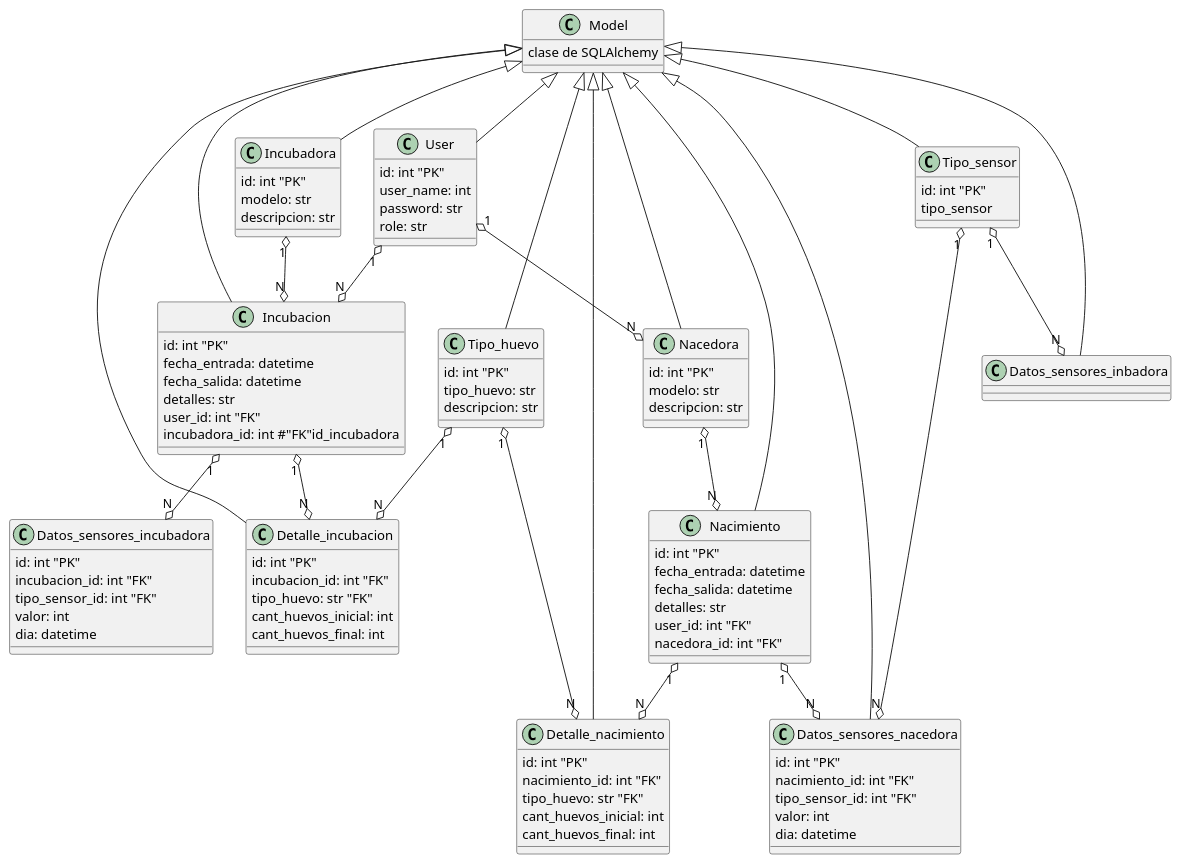
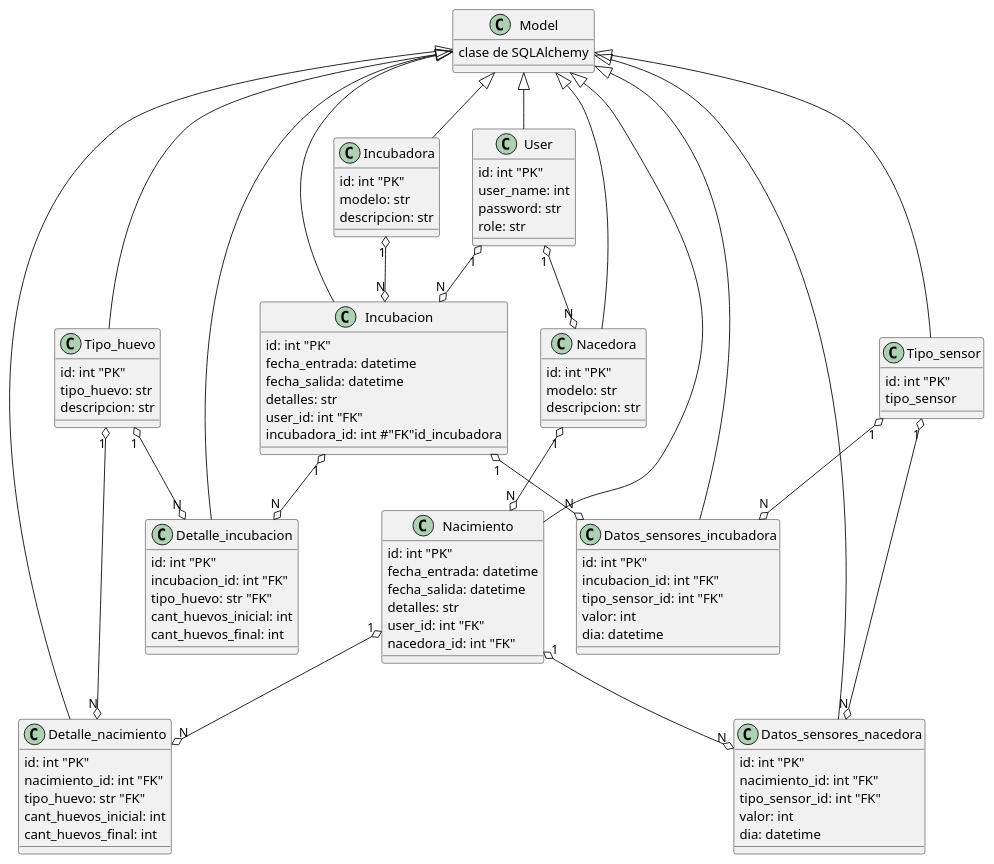
One commit to emisorato1/incubadora changed the diagram in docs/diagrama_1.puml. Above: the diagram before and after it, drawn with PlantUML. The commit also changed 41 other files, not shown here.

```diff
--- a/docs/diagrama_1.puml
+++ b/docs/diagrama_1.puml
@@ -1,112 +1,112 @@
 @startuml Diagram de Clases
 class Model {
  clase de SQLAlchemy
 }
 
 Class User {
     id: int "PK"
     user_name: int
     password: str 
     role: str
 }
 
 Class Incubacion {
     id: int "PK"
     fecha_entrada: datetime 
     fecha_salida: datetime 
     detalles: str 
     user_id: int "FK"
     incubadora_id: int #"FK"id_incubadora
 }
 
 Class Incubadora {
     id: int "PK"
     modelo: str 
     descripcion: str
 }
 
 class Detalle_incubacion {
     id: int "PK"
     incubacion_id: int "FK"
     tipo_huevo: str "FK"
     cant_huevos_inicial: int 
     cant_huevos_final: int 
 }
 
 Class Datos_sensores_incubadora {
     id: int "PK"
     incubacion_id: int "FK"
     tipo_sensor_id: int "FK"
     valor: int
     dia: datetime
 }
 
 Class Tipo_sensor {
     id: int "PK"
     tipo_sensor
 }
 
 Class Tipo_huevo {
     id: int "PK"
     tipo_huevo: str
     descripcion: str
 }
 
 Class Nacimiento {
     id: int "PK"
     fecha_entrada: datetime 
     fecha_salida: datetime 
     detalles: str 
     user_id: int "FK"
     nacedora_id: int "FK"
 }
 
 Class Nacedora {
     id: int "PK"
     modelo: str 
     descripcion: str
 }
 
 class Detalle_nacimiento {
     id: int "PK"
     nacimiento_id: int "FK"
     tipo_huevo: str "FK"
     cant_huevos_inicial: int 
     cant_huevos_final: int 
 }
 
 Class Datos_sensores_nacedora {
     id: int "PK"
     nacimiento_id: int "FK"
     tipo_sensor_id: int "FK"
     valor: int
     dia: datetime
 }
 
 Model <|-- User
 Model <|-- Incubacion
 Model <|-- Incubadora
 Model <|-- Detalle_incubacion
-Model <|-- Datos_sensores_inbadora
+Model <|-- Datos_sensores_incubadora
 Model <|-- Tipo_sensor
 Model <|-- Tipo_huevo
 Model <|-- Nacimiento
 Model <|-- Nacedora
 Model <|-- Detalle_nacimiento
 Model <|-- Datos_sensores_nacedora
 
 User "1" o--o "N" Incubacion
 Incubadora "1" o--o "N" Incubacion
 Incubacion "1" o--o "N" Detalle_incubacion
 Incubacion "1" o--o "N" Datos_sensores_incubadora
 Tipo_huevo "1" o--o "N" Detalle_incubacion 
-Tipo_sensor "1" o--o "N" Datos_sensores_inbadora
+Tipo_sensor "1" o--o "N" Datos_sensores_incubadora
 
 User "1" o--o "N" Nacedora
 Nacedora "1" o--o "N" Nacimiento
 Nacimiento "1" o--o "N" Detalle_nacimiento
 Nacimiento "1" o--o "N" Datos_sensores_nacedora
 Tipo_huevo "1" o--o "N" Detalle_nacimiento
 Tipo_sensor "1" o--o "N" Datos_sensores_nacedora
 
 @enduml
```
